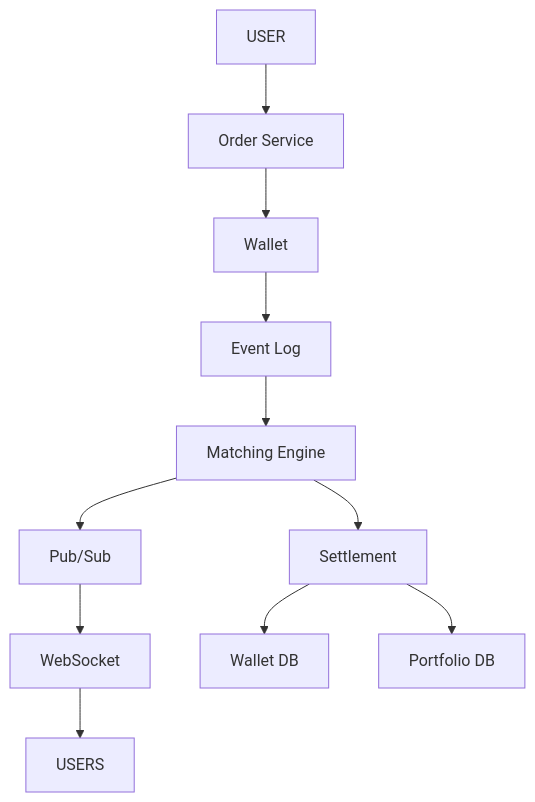
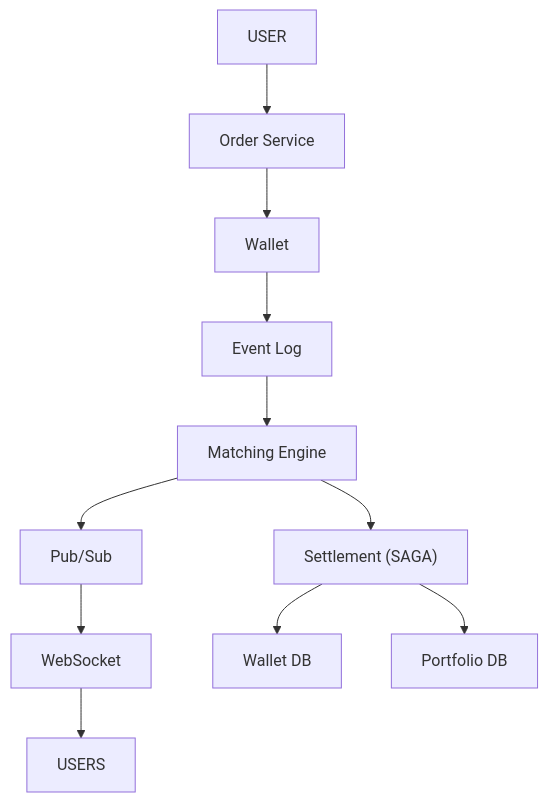
One commit to ArpanMaheshwari144/Prep changed the eighth of 9 diagrams in 04_HLD/SYSTEM_DESIGNS/05_stock_broker_trading/05_stock_broker_trading.md. Above: the diagram before and after it, drawn with Mermaid. The commit also changed other lines of this file and 13 other files, not shown here.

Commit message:
HLD: NAYA dabbe ke saath ek line 'kya karta' (Settlement, PSP, Sweeper, Cursor store...), stock diagram me Settlement (ek transaction / SAGA)

````diff
--- a/04_HLD/SYSTEM_DESIGNS/05_stock_broker_trading/05_stock_broker_trading.md
+++ b/04_HLD/SYSTEM_DESIGNS/05_stock_broker_trading/05_stock_broker_trading.md
@@ -281,24 +282,24 @@
 ```mermaid
 flowchart TD
     n_USER["USER"]
     n_Order_Service["Order Service"]
     n_Wallet["Wallet"]
     n_Event_Log["Event Log"]
     n_Matching_Engine["Matching Engine"]
     n_Pub_Sub["Pub/Sub"]
     n_WebSocket["WebSocket"]
     n_USERS["USERS"]
-    n_Settlement["Settlement"]
+    n_Settlement["Settlement (SAGA)"]
     n_Wallet_DB["Wallet DB"]
     n_Portfolio_DB["Portfolio DB"]
     n_USER --> n_Order_Service
     n_Order_Service --> n_Wallet
     n_Wallet --> n_Event_Log
     n_Event_Log --> n_Matching_Engine
     n_Matching_Engine --> n_Pub_Sub
     n_Matching_Engine --> n_Settlement
     n_Pub_Sub --> n_WebSocket
     n_WebSocket --> n_USERS
     n_Settlement --> n_Wallet_DB
     n_Settlement --> n_Portfolio_DB
 ```
````
